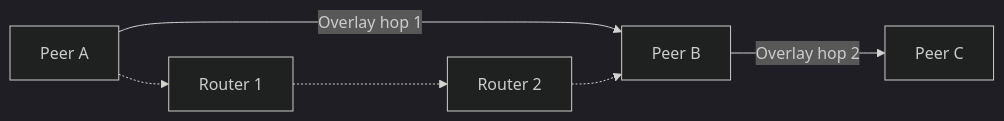
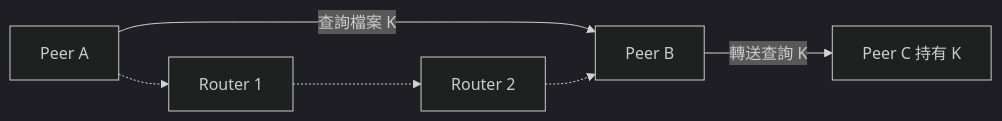
One commit to johnson931128/Distributed-System changed the first of 7 diagrams in notes/04-peer-to-peer-gossip.md. Above: the diagram before and after it, drawn with Mermaid (dark theme). The commit also changed other lines of this file, not shown here.

Commit message:
Teach overlay routing through P2P examples

````diff
--- a/notes/04-peer-to-peer-gossip.md
+++ b/notes/04-peer-to-peer-gossip.md
@@ -11,8 +11,8 @@
 ```mermaid
 flowchart LR
-    A[Peer A] -->|Overlay hop 1| B[Peer B]
-    B -->|Overlay hop 2| C[Peer C]
+    A[Peer A] -->|查詢檔案 K| B[Peer B]
+    B -->|轉送查詢 K| C[Peer C 持有 K]
     A -.-> R1[Router 1]
     R1 -.-> R2[Router 2]
     R2 -.-> B
 ```
````
